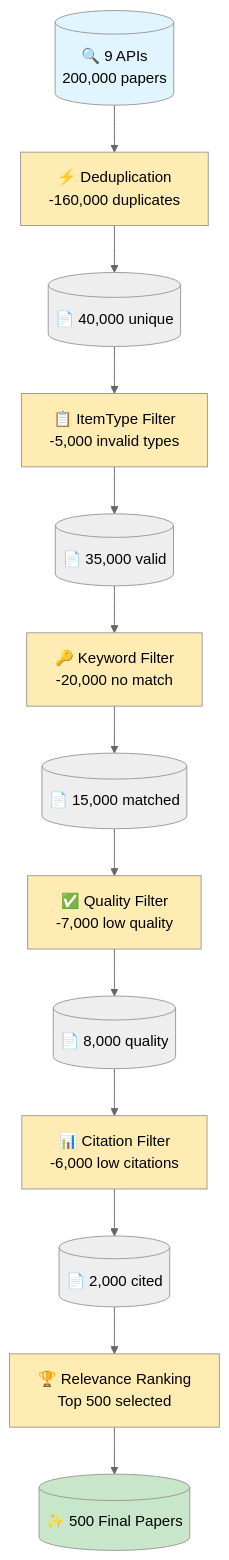
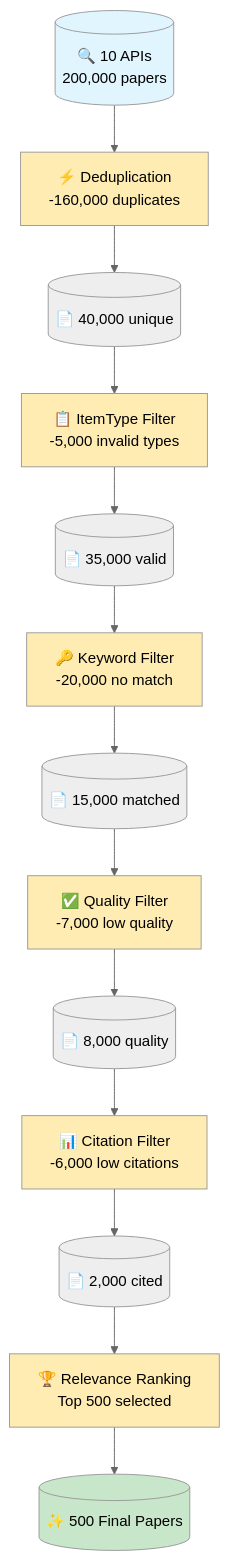
Before and after one commit to Wimmics/SciLEx: the diagram in README.md, drawn with Mermaid (neutral theme). The commit also changed other lines of this file and 10 other files, not shown here.

````diff
--- a/README.md
+++ b/README.md
@@ -209,25 +204,25 @@
 ```mermaid
 flowchart TB
-    A[("🔍 9 APIs<br/>200,000 papers")] --> B
+    A[("🔍 10 APIs<br/>200,000 papers")] --> B
     B["⚡ Deduplication<br/>-160,000 duplicates"] --> C
     C[("📄 40,000 unique")] --> D
     D["📋 ItemType Filter<br/>-5,000 invalid types"] --> E
     E[("📄 35,000 valid")] --> F
     F["🔑 Keyword Filter<br/>-20,000 no match"] --> G
     G[("📄 15,000 matched")] --> H
     H["✅ Quality Filter<br/>-7,000 low quality"] --> I
     I[("📄 8,000 quality")] --> J
     J["📊 Citation Filter<br/>-6,000 low citations"] --> K
     K[("📄 2,000 cited")] --> L
     L["🏆 Relevance Ranking<br/>Top 500 selected"] --> M
     M[("✨ 500 Final Papers")]
 
     style A fill:#e1f5fe
     style M fill:#c8e6c9
     style B fill:#ffecb3
     style D fill:#ffecb3
     style F fill:#ffecb3
     style H fill:#ffecb3
     style J fill:#ffecb3
     style L fill:#ffecb3
 ```
````
